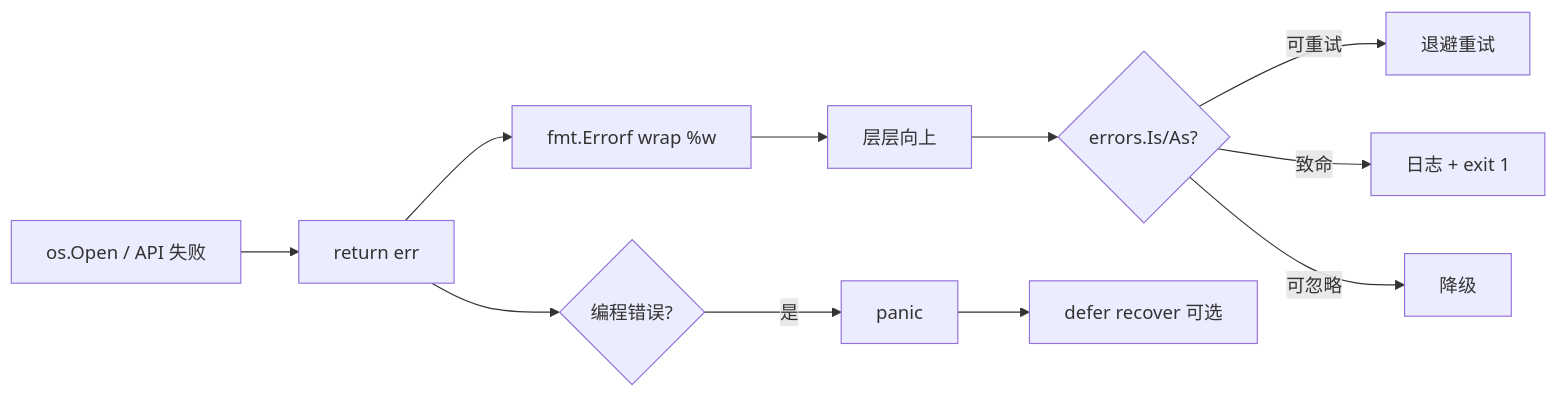
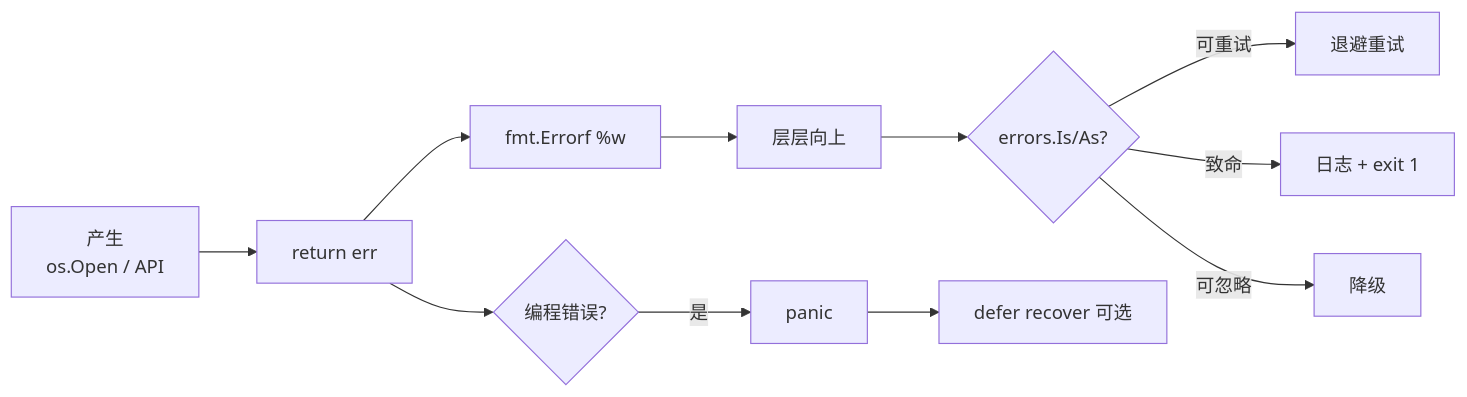
One commit to ml-cuizijun/LearnToLilith changed the first of 2 diagrams in 05-开发能力/03-Go/04-错误处理与panic/知识点.md. Above: the diagram before and after it, drawn with Mermaid. The commit also changed other lines of this file and 178 other files, not shown here.

````diff
--- a/05-开发能力/03-Go/04-错误处理与panic/知识点.md
+++ b/05-开发能力/03-Go/04-错误处理与panic/知识点.md
@@ -68,13 +74,13 @@
 ```mermaid
 flowchart LR
-    A[os.Open / API 失败] --> B[return err]
-    B --> C[fmt.Errorf wrap %w]
-    C --> D[层层向上]
-    D --> E{errors.Is/As?}
-    E -->|可重试| F[退避重试]
-    E -->|致命| G[日志 + exit 1]
-    E -->|可忽略| H[降级]
-    B --> I{编程错误?}
-    I -->|是| J[panic]
-    J --> K[defer recover 可选]
+    A["产生<br/>os.Open / API"] --> B["return err"]
+    B --> C["fmt.Errorf %w"]
+    C --> D["层层向上"]
+    D --> E{"errors.Is/As?"}
+    E -->|可重试| F["退避重试"]
+    E -->|致命| G["日志 + exit 1"]
+    E -->|可忽略| H["降级"]
+    B --> I{"编程错误?"}
+    I -->|是| J["panic"]
+    J --> K["defer recover 可选"]
 ```
````
